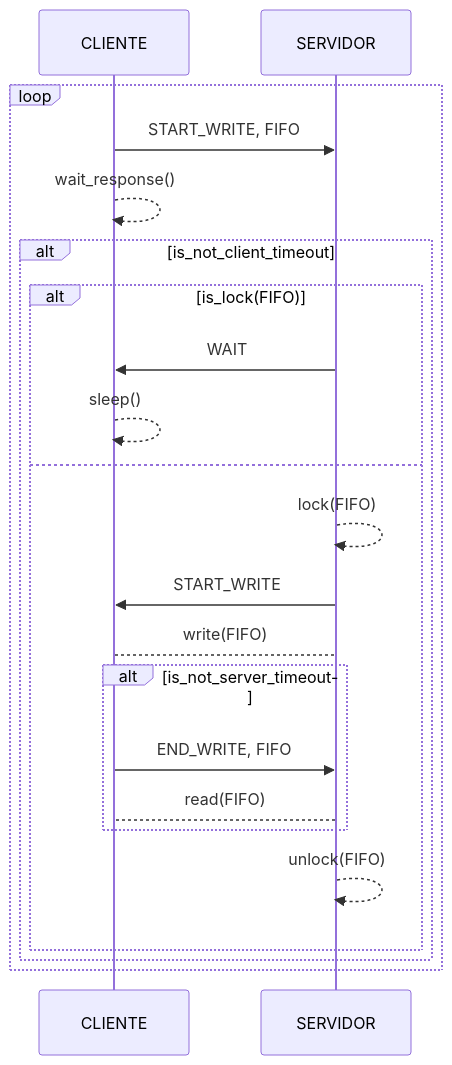
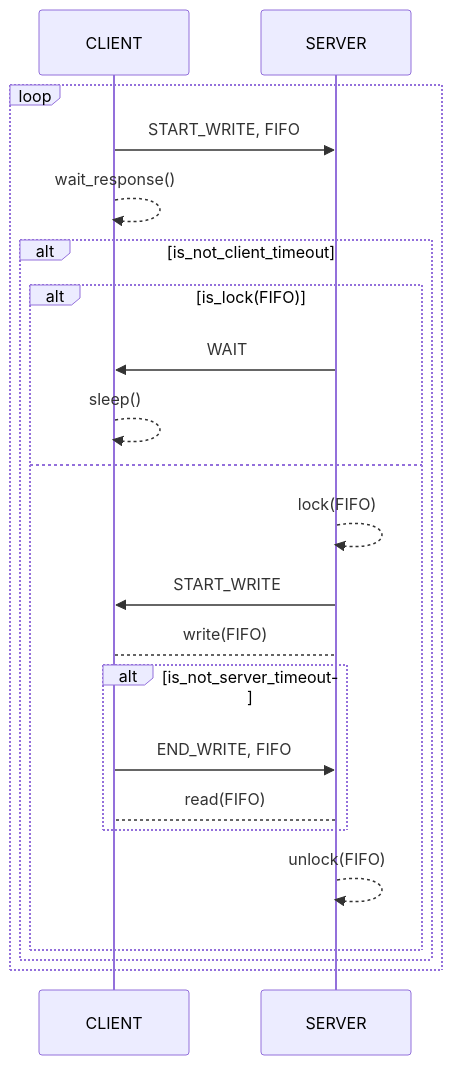
One commit to francobottini99/client-server-ipc-communication-v1 changed the diagram in README.md. Above: the diagram before and after it, drawn with Mermaid. The commit also changed other lines of this file, not shown here.

````diff
--- a/README.md
+++ b/README.md
@@ -91,25 +105,25 @@
 ```mermaid
 sequenceDiagram
 	loop
-		CLIENTE ->> SERVIDOR: START_WRITE, FIFO
-		CLIENTE -->> CLIENTE: wait_response()
+		CLIENT ->> SERVER: START_WRITE, FIFO
+		CLIENT -->> CLIENT: wait_response()
 		
 		alt is_not_client_timeout
 			alt is_lock(FIFO)
-			    SERVIDOR ->> CLIENTE: WAIT
-			    CLIENTE -->> CLIENTE: sleep()
+			    SERVER ->> CLIENT: WAIT
+			    CLIENT -->> CLIENT: sleep()
 			else
-			    SERVIDOR -->> SERVIDOR: lock(FIFO)
-			    SERVIDOR ->> CLIENTE: START_WRITE
-			    CLIENTE --> SERVIDOR: write(FIFO)
+			    SERVER -->> SERVER: lock(FIFO)
+			    SERVER ->> CLIENT: START_WRITE
+			    CLIENT --> SERVER: write(FIFO)
     
 				alt is_not_server_timeout
-					CLIENTE ->> SERVIDOR: END_WRITE, FIFO
-					SERVIDOR --> CLIENTE: read(FIFO)	
+					CLIENT ->> SERVER: END_WRITE, FIFO
+					SERVER --> CLIENT: read(FIFO)	
 				end
 				
-				SERVIDOR -->> SERVIDOR: unlock(FIFO)
+				SERVER -->> SERVER: unlock(FIFO)
 			end
 		end
 	end
 ```
````
